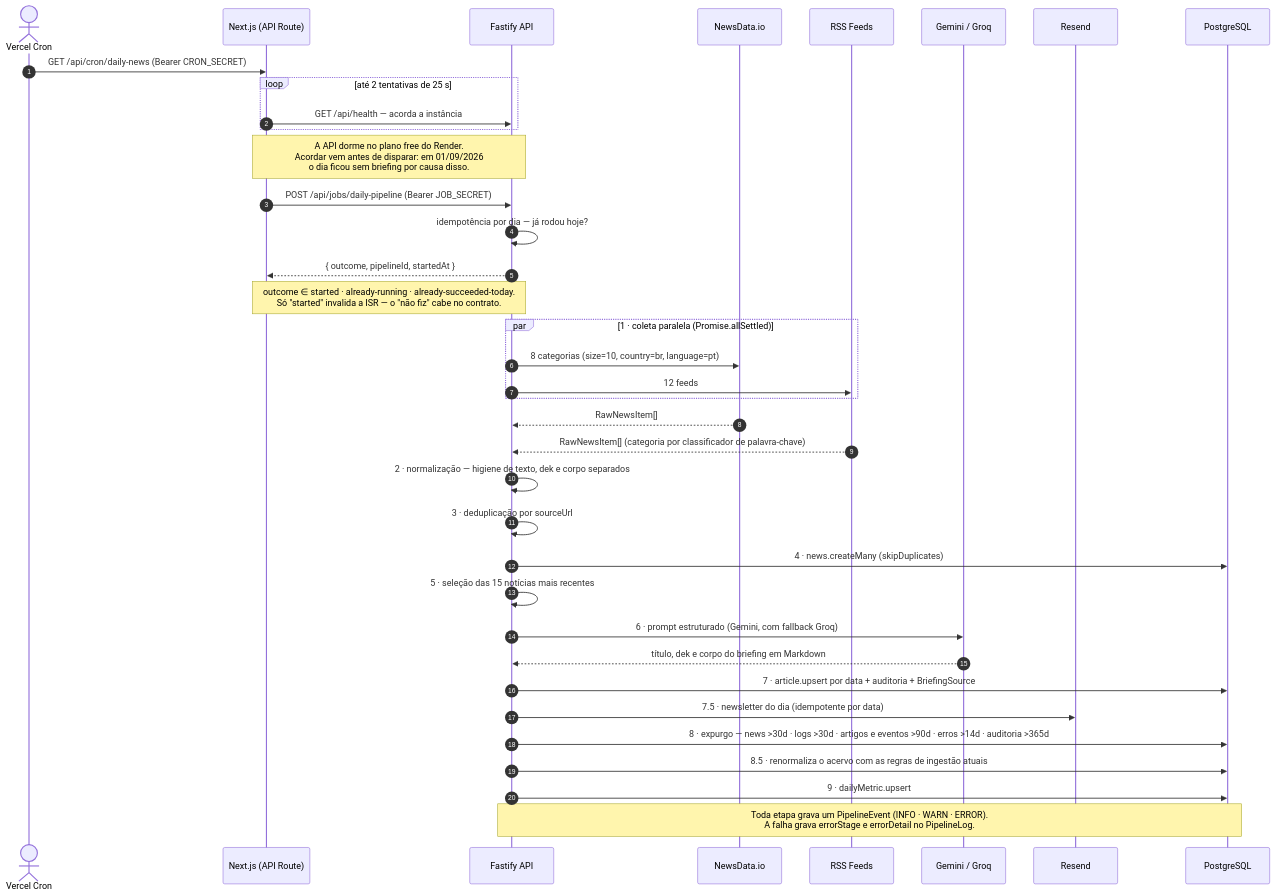
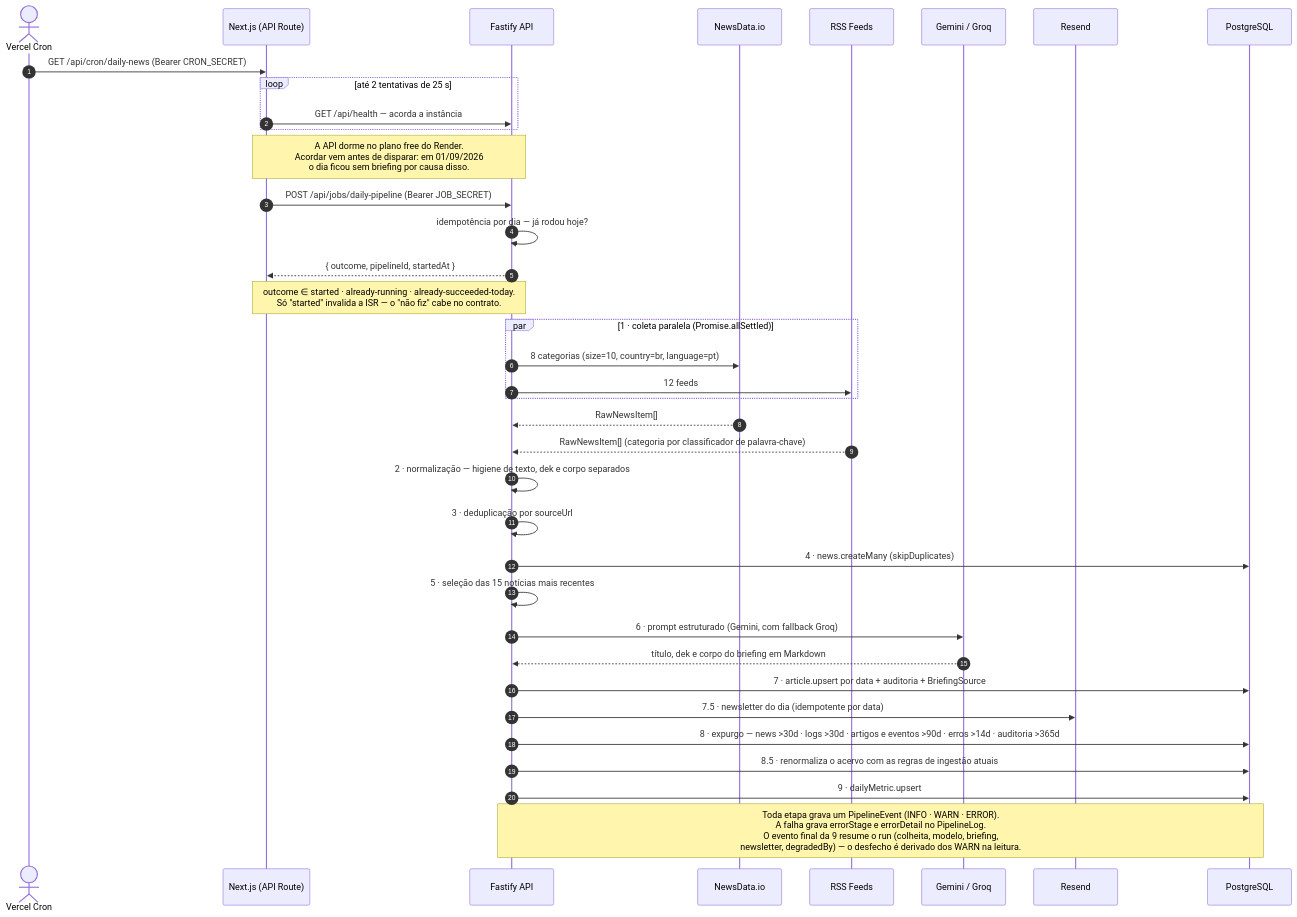
The diagram in docs/diagrams/pipeline-sequence.mermaid (tavinholoco/newra-news), drawn with Mermaid before and after one commit. The commit also changed 28 other files, not shown here.

```diff
--- a/docs/diagrams/pipeline-sequence.mermaid
+++ b/docs/diagrams/pipeline-sequence.mermaid
@@ -1,48 +1,48 @@
 %% Diagrama de Sequência do Pipeline Diário — Newra News
 %% ---
 %% Atualizado em 01/09/2026. São **11 etapas**: 1–7, 7.5 (newsletter), 8, 8.5
 %% (renormalização) e 9. As três não críticas — 7.5, 8 e 8.5 — falham sem
 %% abortar o pipeline.
 sequenceDiagram
     autonumber
     actor VC as Vercel Cron
     participant NX as Next.js (API Route)
     participant API as Fastify API
     participant ND as NewsData.io
     participant RSS as RSS Feeds
     participant IA as Gemini / Groq
     participant RES as Resend
     participant DB as PostgreSQL
 
     VC->>NX: GET /api/cron/daily-news (Bearer CRON_SECRET)
 
     loop até 2 tentativas de 25 s
         NX->>API: GET /api/health — acorda a instância
     end
     Note over NX,API: A API dorme no plano free do Render.<br/>Acordar vem antes de disparar: em 01/09/2026<br/>o dia ficou sem briefing por causa disso.
 
     NX->>API: POST /api/jobs/daily-pipeline (Bearer JOB_SECRET)
     API->>API: idempotência por dia — já rodou hoje?
     API-->>NX: { outcome, pipelineId, startedAt }
     Note over NX,API: outcome ∈ started · already-running · already-succeeded-today.<br/>Só "started" invalida a ISR — o "não fiz" cabe no contrato.
 
     par 1 · coleta paralela (Promise.allSettled)
         API->>ND: 8 categorias (size=10, country=br, language=pt)
         API->>RSS: 12 feeds
     end
     ND-->>API: RawNewsItem[]
     RSS-->>API: RawNewsItem[] (categoria por classificador de palavra-chave)
 
     API->>API: 2 · normalização — higiene de texto, dek e corpo separados
     API->>API: 3 · deduplicação por sourceUrl
     API->>DB: 4 · news.createMany (skipDuplicates)
     API->>API: 5 · seleção das 15 notícias mais recentes
     API->>IA: 6 · prompt estruturado (Gemini, com fallback Groq)
     IA-->>API: título, dek e corpo do briefing em Markdown
     API->>DB: 7 · article.upsert por data + auditoria + BriefingSource
     API->>RES: 7.5 · newsletter do dia (idempotente por data)
     API->>DB: 8 · expurgo — news >30d · logs >30d · artigos e eventos >90d · erros >14d · auditoria >365d
     API->>DB: 8.5 · renormaliza o acervo com as regras de ingestão atuais
     API->>DB: 9 · dailyMetric.upsert
 
-    Note over API,DB: Toda etapa grava um PipelineEvent (INFO · WARN · ERROR).<br/>A falha grava errorStage e errorDetail no PipelineLog.
+    Note over API,DB: Toda etapa grava um PipelineEvent (INFO · WARN · ERROR).<br/>A falha grava errorStage e errorDetail no PipelineLog.<br/>O evento final da 9 resume o run (colheita, modelo, briefing,<br/>newsletter, degradedBy) — o desfecho é derivado dos WARN na leitura.
```
